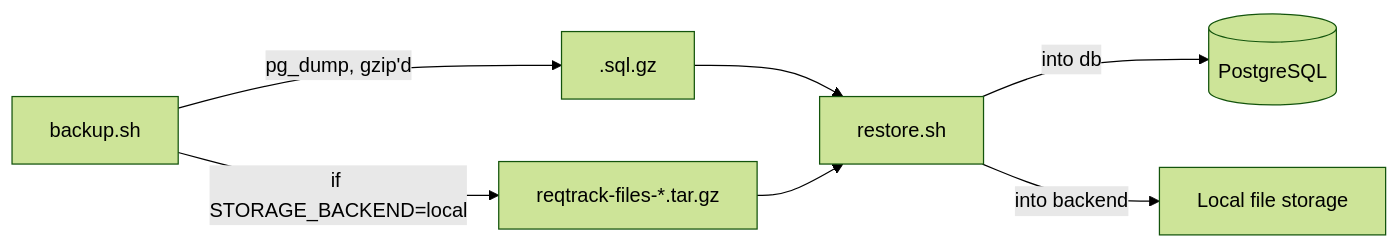
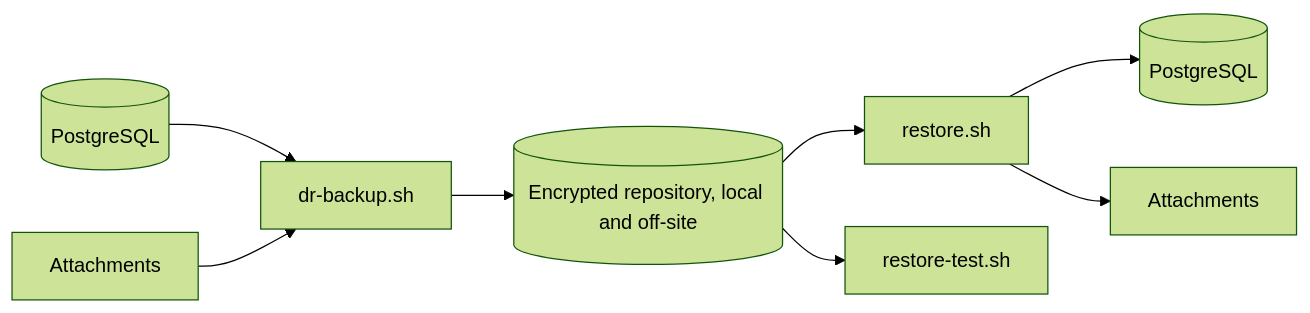
The diagram in docs/website/docs/installation-deployment/storage-database-and-migrations.md (ballardr/reqtrackmanager), drawn with Mermaid (forest theme) before and after one commit. The commit also changed other lines of this file and 117 other files, not shown here.

````diff
--- a/docs/website/docs/installation-deployment/storage-database-and-migrations.md
+++ b/docs/website/docs/installation-deployment/storage-database-and-migrations.md
@@ -22,9 +23,10 @@
 ```mermaid
 flowchart LR
-    Backup[backup.sh] -->|"pg_dump, gzip'd"| SQL[".sql.gz"]
-    Backup -->|"if STORAGE_BACKEND=local"| Files["reqtrack-files-*.tar.gz"]
-    SQL --> Restore["restore.sh"]
-    Files --> Restore
-    Restore -->|"into db"| DB[(PostgreSQL)]
-    Restore -->|"into backend"| FS["Local file storage"]
+    DB[(PostgreSQL)] --> Backup["dr-backup.sh"]
+    Files["Attachments"] --> Backup
+    Backup --> Repo[("Encrypted repository, local and off-site")]
+    Repo --> Restore["restore.sh"]
+    Restore --> DB2[(PostgreSQL)]
+    Restore --> Files2["Attachments"]
+    Repo --> Test["restore-test.sh"]
 ```
````
